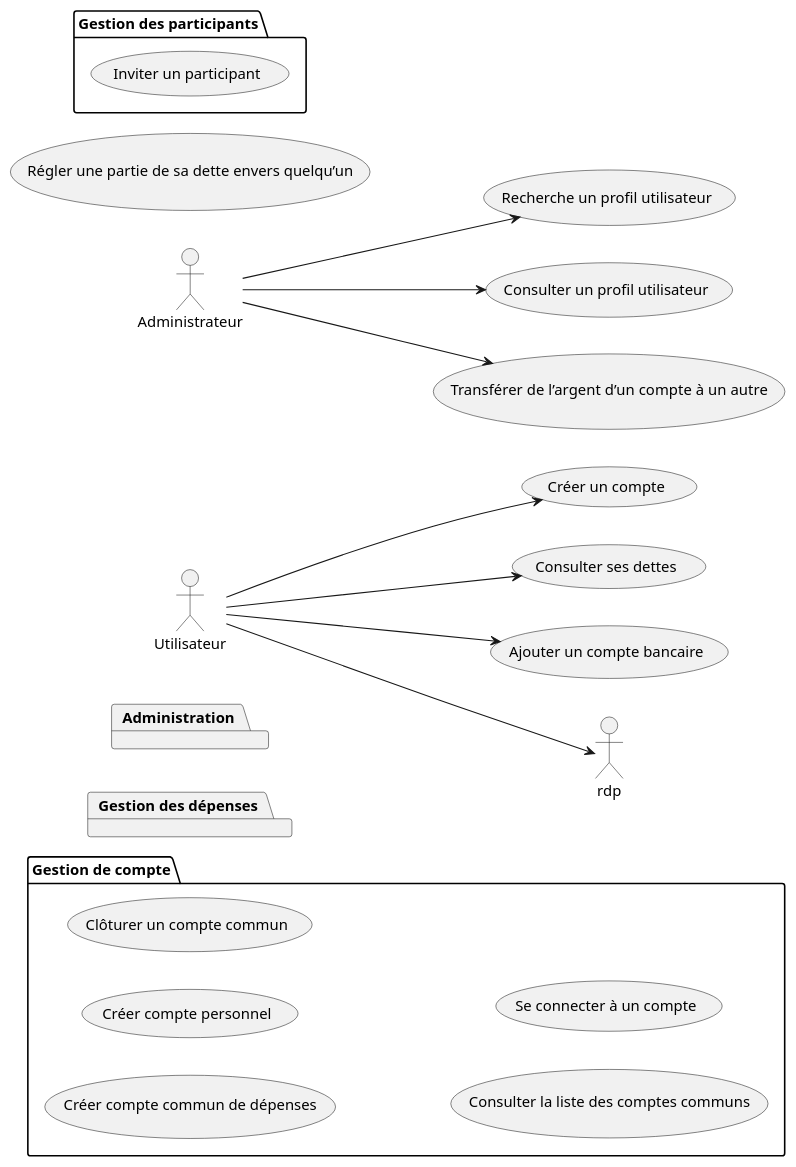
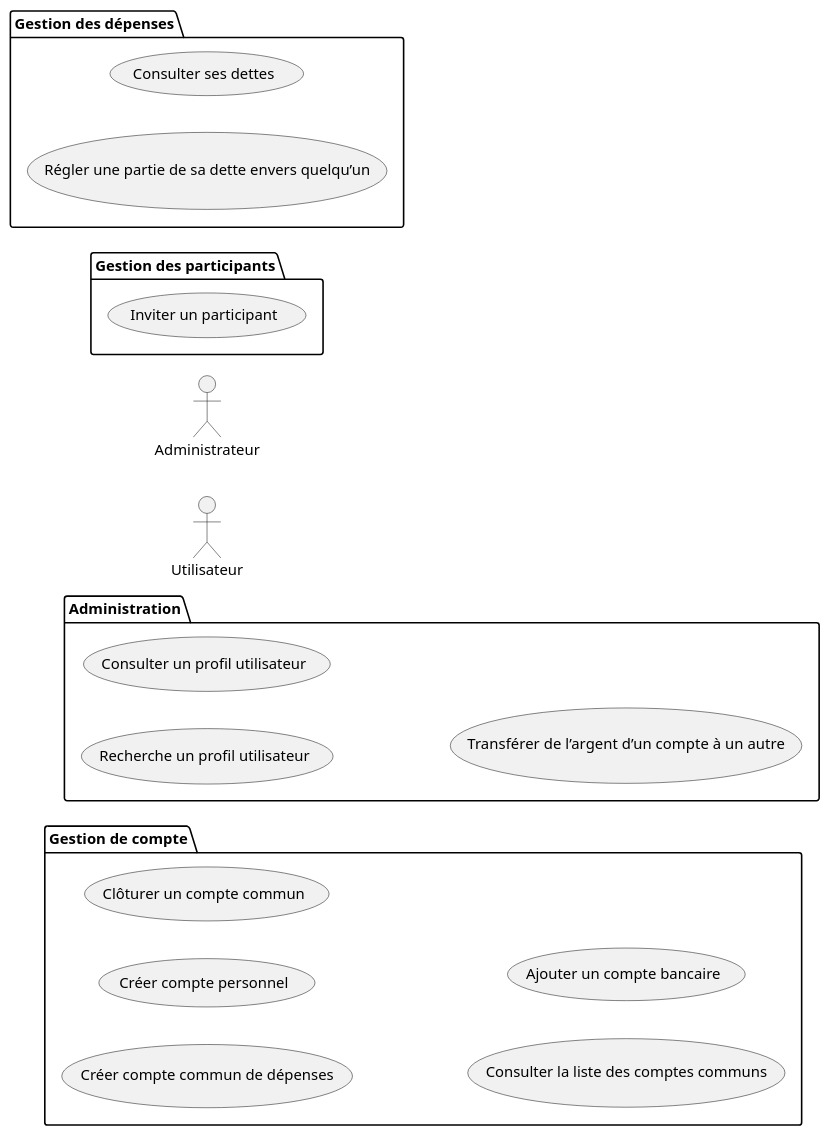
Before and after one commit to lmtb06/sharecount: the diagram in diagrammes/specification/cas-utilisation.puml, drawn with PlantUML.

Commit message:
cas-utilisation update

```diff
--- a/diagrammes/specification/cas-utilisation.puml
+++ b/diagrammes/specification/cas-utilisation.puml
@@ -1,52 +1,32 @@
 @startuml "Diagramme de cas d'utilisation"
 
 left to right direction
 
 actor "Utilisateur" as User
 
 actor "Administrateur" as Admin
 
 package "Gestion de compte"{
 	usecase "Créer compte commun de dépenses" as cccd
 	usecase "Créer compte personnel" as ccp
 	usecase "Clôturer un compte commun" as ccc
 	usecase "Consulter la liste des comptes communs" as clcc
-	usecase "Se connecter à un compte" as scc
-
+    usecase "Ajouter un compte bancaire" as acb
 }
 
 package "Gestion des participants"{
 	usecase "Inviter un participant" as iup
 }
 
 package "Gestion des dépenses"{
-
+    usecase "Consulter ses dettes" as csd
+    usecase "Régler une partie de sa dette envers quelqu’un" as rpd
 }
 
 package "Administration"{
-
+    usecase "Recherche un profil utilisateur" as rpu
+    usecase "Consulter un profil utilisateur" as cpu
+    usecase "Transférer de l’argent d’un compte à un autre" as tda
 }
 
-usecase "Créer un compte" as cuc
-
-usecase "Consulter ses dettes" as csd
-
-usecase "Régler une partie de sa dette envers quelqu’un" as rpd
-
-usecase "Ajouter un compte bancaire" as acb
-
-usecase "Recherche un profil utilisateur" as rpu
-
-usecase "Consulter un profil utilisateur" as cpu
-
-usecase "Transférer de l’argent d’un compte à un autre" as tda
-
-User-->cuc
-User-->csd
-User-->rdp
-User-->acb
-Admin-->rpu
-Admin-->cpu
-Admin-->tda
-
 @enduml
```
